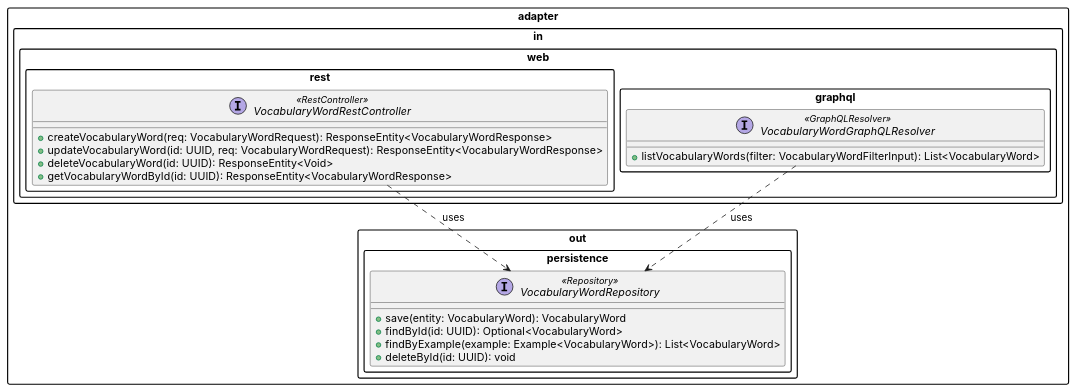
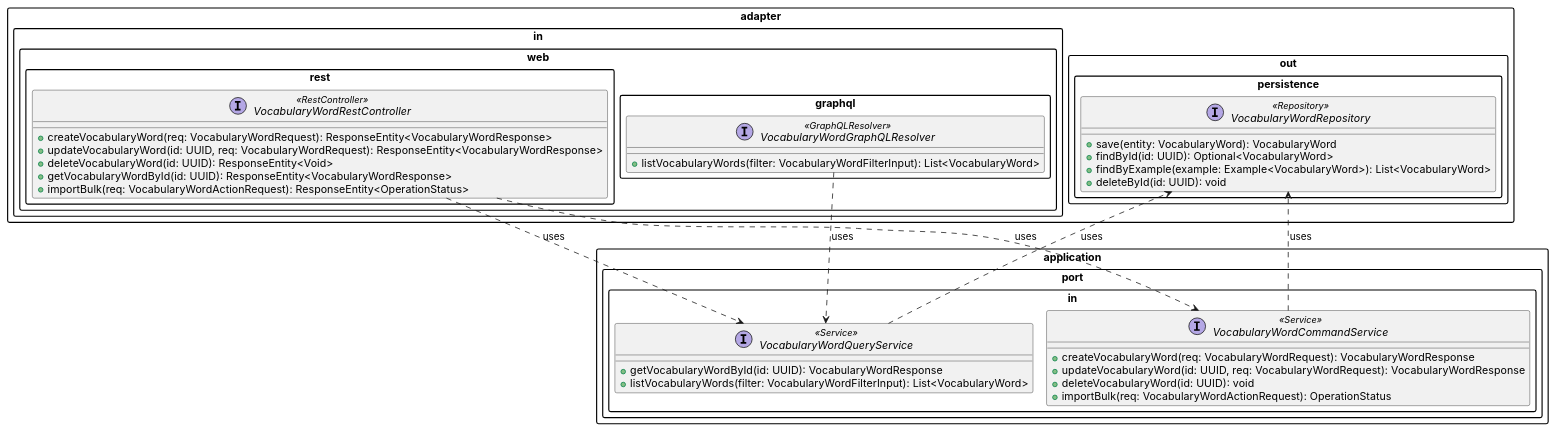
Before and after one commit to linuschien/vocabest: the diagram in docs/02-design-specs/uml/vocabulary_word_contract.puml, drawn with PlantUML. The commit also changed 3 other files, not shown here.

Commit message:
feat: add bulk action endpoints and update vocabulary schema design specifications

```diff
--- a/docs/02-design-specs/uml/vocabulary_word_contract.puml
+++ b/docs/02-design-specs/uml/vocabulary_word_contract.puml
@@ -1,34 +1,52 @@
 @startuml vocabulary_word_contract
 
 !pragma layout smetana
 skinparam packageStyle rectangle
 skinparam defaultFontName Inter
 
 package "adapter.in.web.rest" {
   interface "VocabularyWordRestController" <<RestController>> {
     + createVocabularyWord(req: VocabularyWordRequest): ResponseEntity<VocabularyWordResponse>
     + updateVocabularyWord(id: UUID, req: VocabularyWordRequest): ResponseEntity<VocabularyWordResponse>
     + deleteVocabularyWord(id: UUID): ResponseEntity<Void>
     + getVocabularyWordById(id: UUID): ResponseEntity<VocabularyWordResponse>
+    + importBulk(req: VocabularyWordActionRequest): ResponseEntity<OperationStatus>
   }
 }
 
 package "adapter.in.web.graphql" {
   interface "VocabularyWordGraphQLResolver" <<GraphQLResolver>> {
+    + listVocabularyWords(filter: VocabularyWordFilterInput): List<VocabularyWord>
+  }
+}
+
+package "application.port.in" {
+  interface "VocabularyWordCommandService" <<Service>> {
+    + createVocabularyWord(req: VocabularyWordRequest): VocabularyWordResponse
+    + updateVocabularyWord(id: UUID, req: VocabularyWordRequest): VocabularyWordResponse
+    + deleteVocabularyWord(id: UUID): void
+    + importBulk(req: VocabularyWordActionRequest): OperationStatus
+  }
+
+  interface "VocabularyWordQueryService" <<Service>> {
+    + getVocabularyWordById(id: UUID): VocabularyWordResponse
     + listVocabularyWords(filter: VocabularyWordFilterInput): List<VocabularyWord>
   }
 }
 
 package "adapter.out.persistence" {
   interface "VocabularyWordRepository" <<Repository>> {
     + save(entity: VocabularyWord): VocabularyWord
     + findById(id: UUID): Optional<VocabularyWord>
     + findByExample(example: Example<VocabularyWord>): List<VocabularyWord>
     + deleteById(id: UUID): void
   }
 }
 
-"VocabularyWordRestController"  ..> "VocabularyWordRepository" : uses
-"VocabularyWordGraphQLResolver" ..> "VocabularyWordRepository" : uses
+"VocabularyWordRestController"  ..> "VocabularyWordCommandService" : uses
+"VocabularyWordRestController"  ..> "VocabularyWordQueryService" : uses
+"VocabularyWordGraphQLResolver" ..> "VocabularyWordQueryService" : uses
+"VocabularyWordCommandService"  ..> "VocabularyWordRepository" : uses
+"VocabularyWordQueryService"    ..> "VocabularyWordRepository" : uses
 
 @enduml
```
